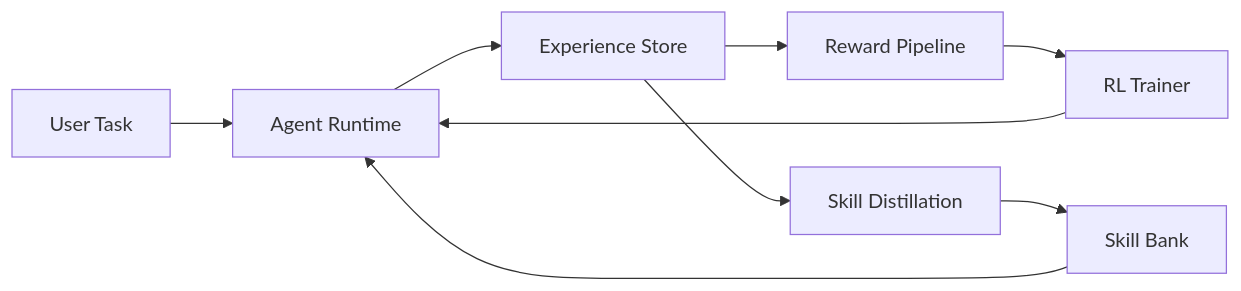
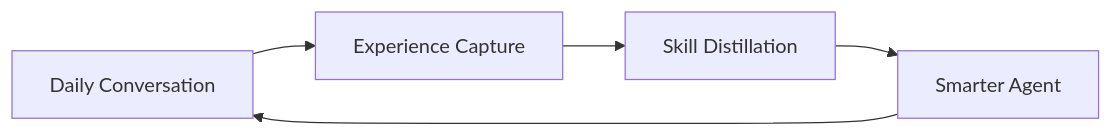
The diagram in README.md (DUXUCHONG/Persona-craw), drawn with Mermaid before and after one commit. The commit also changed other lines of this file and 14 other files, not shown here.

First line of the commit message:
Rebrand to Persona-craw: self-evolving agent via RL from daily words

````diff
--- a/README.md
+++ b/README.md
@@ -25,11 +36,7 @@
 ```mermaid
 graph LR
-    A[User Task] --> B[Agent Runtime]
-    B --> C[Experience Store]
-    C --> D[Reward Pipeline]
-    C --> E[Skill Distillation]
-    D --> F[RL Trainer]
-    E --> G[Skill Bank]
-    G --> B
-    F --> B
+    A["Daily Conversation"] --> B["Experience Capture"]
+    B --> C["Skill Distillation"]
+    C --> D["Smarter Agent"]
+    D --> A
 ```
````
